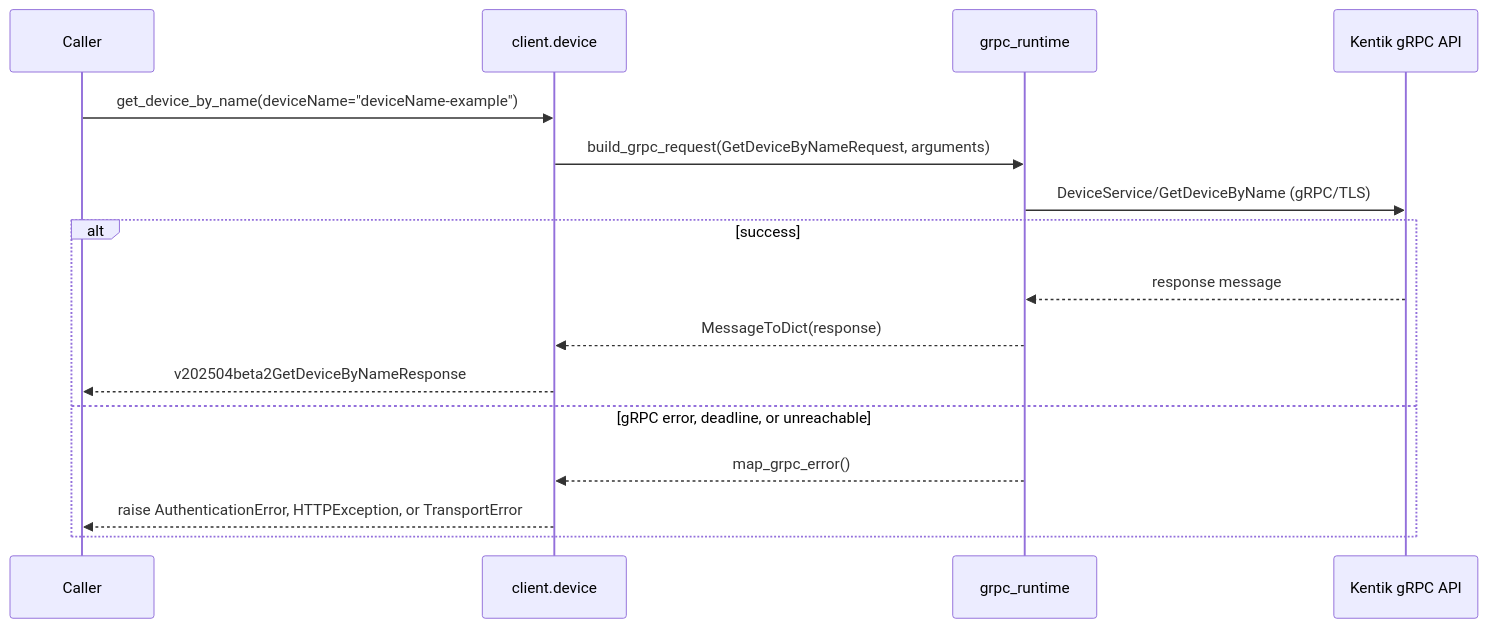
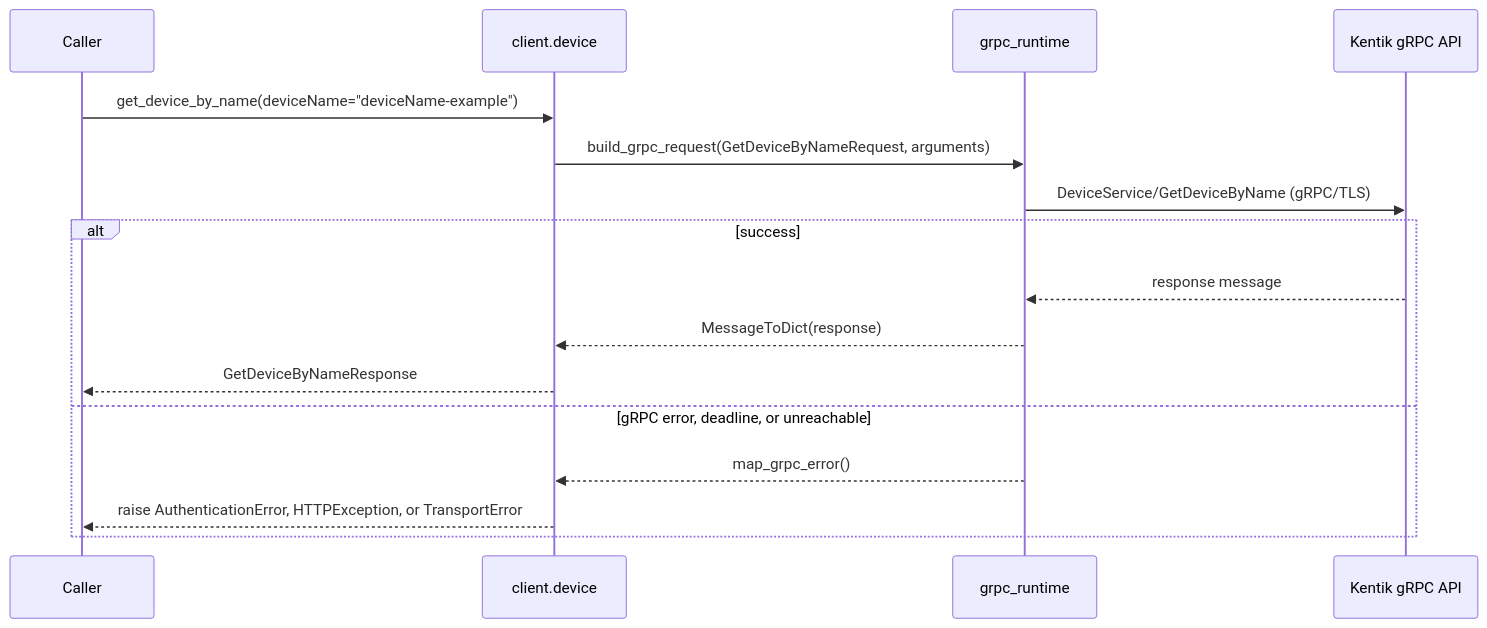
Before and after one commit to alexdearaujo/community_sdk_python: diagram 13 of 22 in docs/sphinx/services/device.md, drawn with Mermaid. The commit also changed other lines of this file and 38 other files, not shown here.

````diff
--- a/docs/sphinx/services/device.md
+++ b/docs/sphinx/services/device.md
@@ -438,19 +438,19 @@
 ```mermaid
 sequenceDiagram
     participant C as Caller
     participant W as client.device
     participant R as grpc_runtime
     participant API as Kentik gRPC API
 
     C->>W: get_device_by_name(deviceName="deviceName-example")
     W->>R: build_grpc_request(GetDeviceByNameRequest, arguments)
     R->>API: DeviceService/GetDeviceByName (gRPC/TLS)
     alt success
         API-->>R: response message
         R-->>W: MessageToDict(response)
-        W-->>C: v202504beta2GetDeviceByNameResponse
+        W-->>C: GetDeviceByNameResponse
     else gRPC error, deadline, or unreachable
         R-->>W: map_grpc_error()
         W-->>C: raise AuthenticationError, HTTPException, or TransportError
     end
 ```
````
